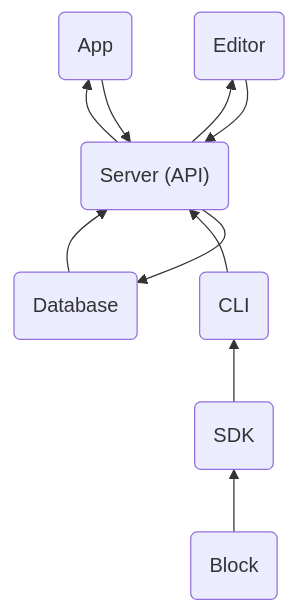
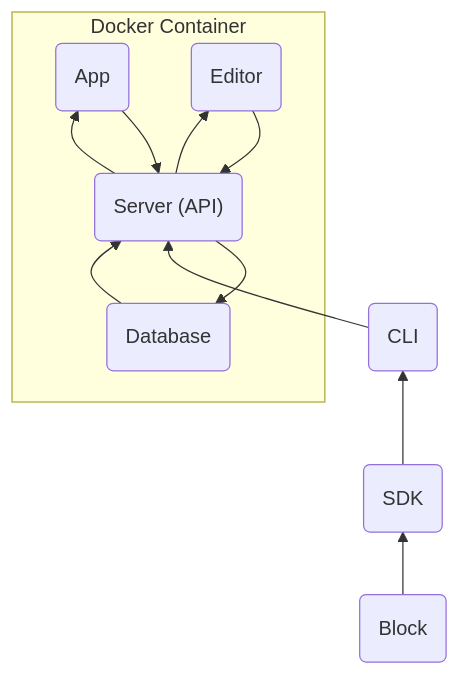
One commit to appsemble/appsemble changed the diagram in docs/images/architecture.mmd. Above: the diagram before and after it, drawn with Mermaid. The commit also changed 1 other file, not shown here.

Commit message:
ci: use mermaid cli to render images

```diff
--- a/docs/images/architecture.mmd
+++ b/docs/images/architecture.mmd
@@ -1,10 +1,12 @@
 graph BT
+  subgraph Docker Container
     A(Database) --> B
     B("Server (API)") --> A
     C(App) --> B
     B --> C
     D(Editor) --> B
     B --> D
-    E(CLI) --> B
-    F(SDK) --> E
-    G(Block) --> F
+  end
+  E(CLI) --> B
+  F(SDK) --> E
+  G(Block) --> F
```
